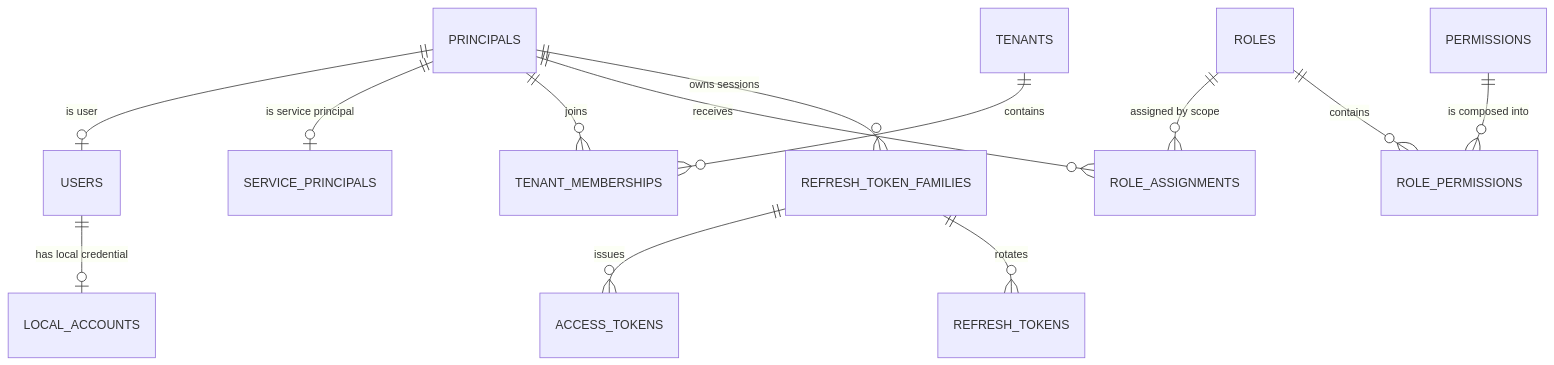
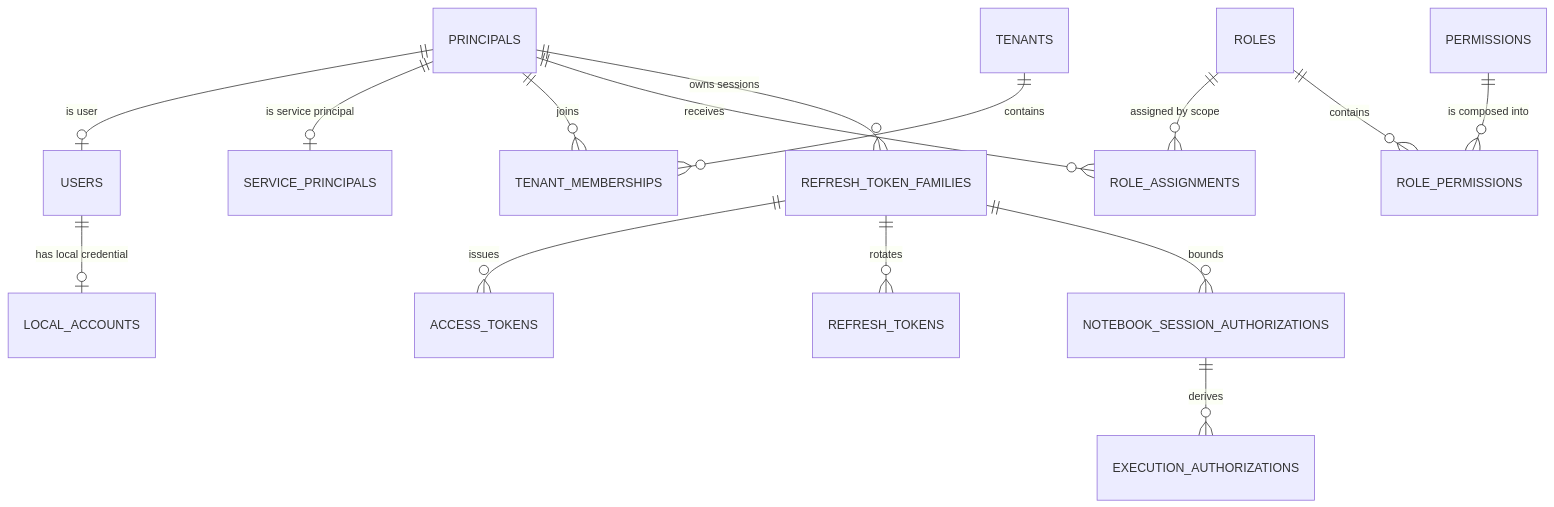
Before and after one commit to pampa0629/addp: the first of 2 diagrams in system/docs/数据库架构.md, drawn with Mermaid. The commit also changed other lines of this file and 258 other files, not shown here.

````diff
--- a/system/docs/数据库架构.md
+++ b/system/docs/数据库架构.md
@@ -30,15 +30,17 @@
 ```mermaid
 erDiagram
     PRINCIPALS ||--o| USERS : "is user"
     PRINCIPALS ||--o| SERVICE_PRINCIPALS : "is service principal"
     USERS ||--o| LOCAL_ACCOUNTS : "has local credential"
     PRINCIPALS ||--o{ TENANT_MEMBERSHIPS : "joins"
     TENANTS ||--o{ TENANT_MEMBERSHIPS : "contains"
     PRINCIPALS ||--o{ ROLE_ASSIGNMENTS : "receives"
     ROLES ||--o{ ROLE_ASSIGNMENTS : "assigned by scope"
     ROLES ||--o{ ROLE_PERMISSIONS : "contains"
     PERMISSIONS ||--o{ ROLE_PERMISSIONS : "is composed into"
     PRINCIPALS ||--o{ REFRESH_TOKEN_FAMILIES : "owns sessions"
     REFRESH_TOKEN_FAMILIES ||--o{ ACCESS_TOKENS : "issues"
     REFRESH_TOKEN_FAMILIES ||--o{ REFRESH_TOKENS : "rotates"
+    REFRESH_TOKEN_FAMILIES ||--o{ NOTEBOOK_SESSION_AUTHORIZATIONS : "bounds"
+    NOTEBOOK_SESSION_AUTHORIZATIONS ||--o{ EXECUTION_AUTHORIZATIONS : "derives"
 ```
````
